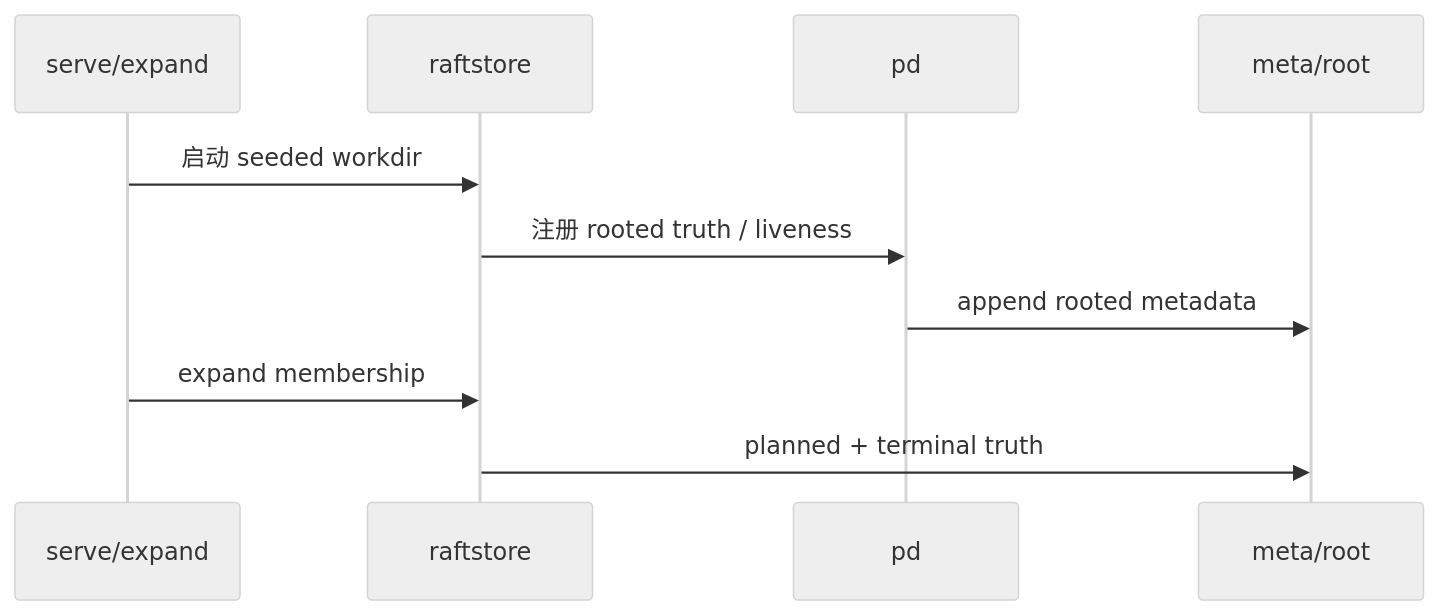
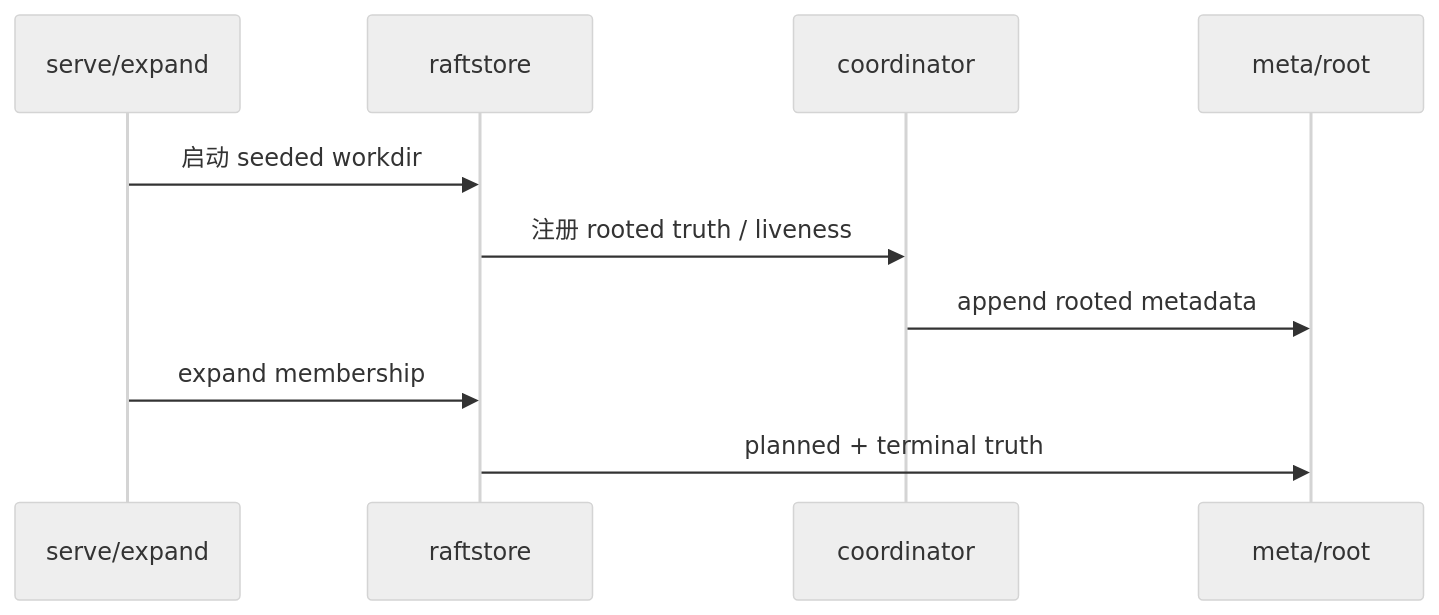
One commit to feichai0017/NoKV changed the third of 3 diagrams in docs/notes/2026-03-30-migration-mode-and-snapshot.md. Above: the diagram before and after it, drawn with Mermaid (neutral theme). The commit also changed other lines of this file and 14 other files, not shown here.

````diff
--- a/docs/notes/2026-03-30-migration-mode-and-snapshot.md
+++ b/docs/notes/2026-03-30-migration-mode-and-snapshot.md
@@ -133,13 +133,13 @@
 ```mermaid
 sequenceDiagram
     participant CLI as serve/expand
     participant RS as raftstore
-    participant PD as pd
+    participant Coordinator as coordinator
     participant MR as meta/root
 
     CLI->>RS: 启动 seeded workdir
-    RS->>PD: 注册 rooted truth / liveness
-    PD->>MR: append rooted metadata
+    RS->>Coordinator: 注册 rooted truth / liveness
+    Coordinator->>MR: append rooted metadata
     CLI->>RS: expand membership
     RS->>MR: planned + terminal truth
 ```
````
